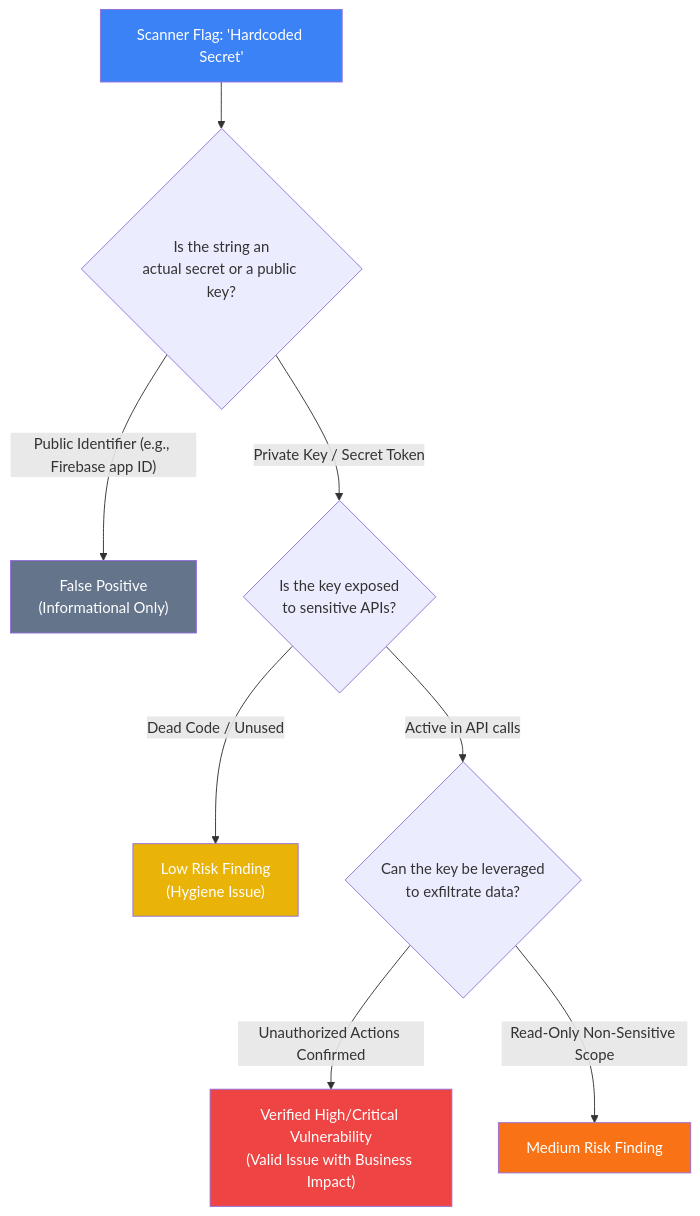
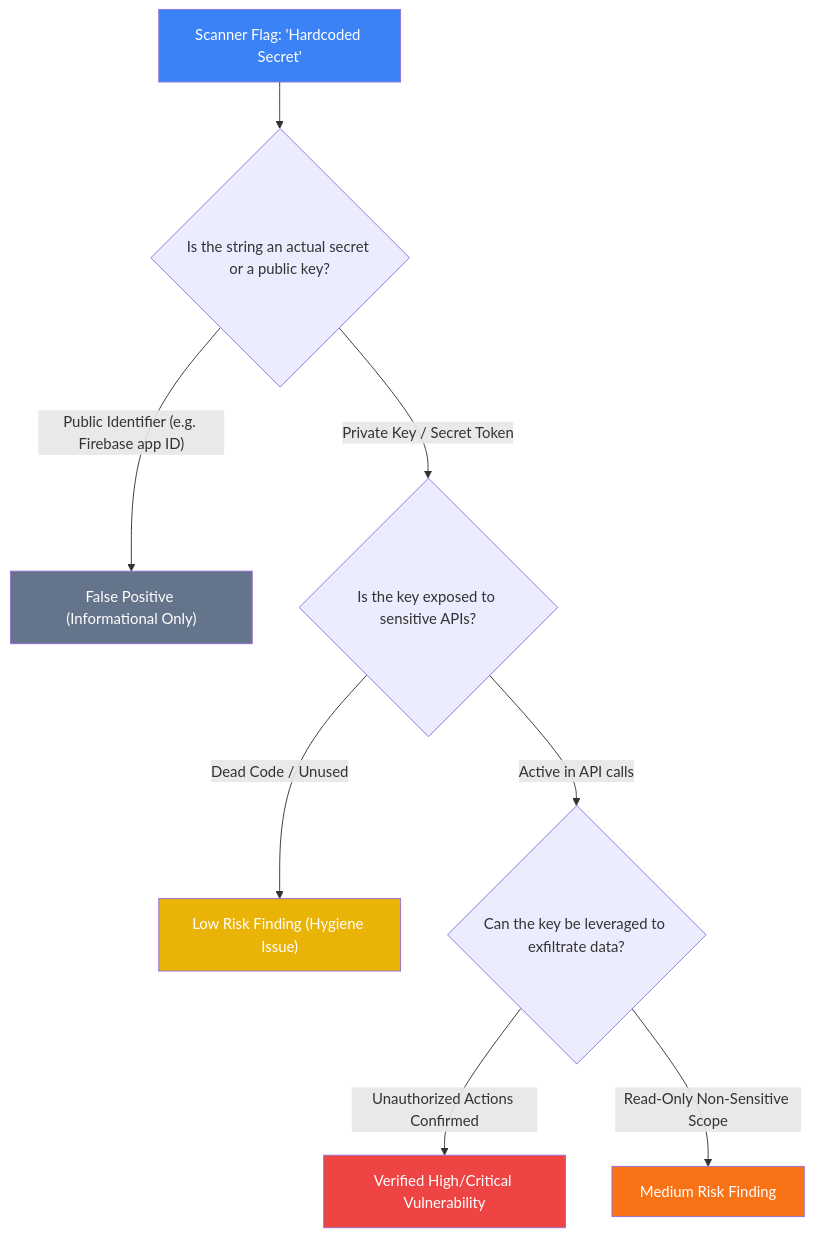
One commit to sivaoffl04/Cyber-Blog changed diagram 14 of 15 in Android_pentest/Introduction, APK Analysis, JADX & MobSF/Android_pentest_part-1.MD. Above: the diagram before and after it, drawn with Mermaid. The commit also changed other lines of this file, not shown here.

Commit message:
Fix Mermaid diagram compatibility for GitHub rendering

````diff
--- a/Android_pentest/Introduction, APK Analysis, JADX & MobSF/Android_pentest_part-1.MD
+++ b/Android_pentest/Introduction, APK Analysis, JADX & MobSF/Android_pentest_part-1.MD
@@ -655,21 +679,21 @@
 ```mermaid
 flowchart TD
     Finding["Scanner Flag: 'Hardcoded Secret'"]
     
-    Check1{"Is the string an<br/>actual secret or a public key?"}
+    Check1{"Is the string an actual secret or a public key?"}
     Finding --> Check1
-    Check1 -- Public Identifier (e.g., Firebase app ID) --> FP["False Positive<br/>(Informational Only)"]
-    Check1 -- Private Key / Secret Token --> Check2{"Is the key exposed<br/>to sensitive APIs?"}
+    Check1 -- "Public Identifier (e.g. Firebase app ID)" --> FP["False Positive (Informational Only)"]
+    Check1 -- "Private Key / Secret Token" --> Check2{"Is the key exposed to sensitive APIs?"}
     
-    Check2 -- Dead Code / Unused --> LowRisk["Low Risk Finding<br/>(Hygiene Issue)"]
-    Check2 -- Active in API calls --> Check3{"Can the key be leveraged<br/>to exfiltrate data?"}
+    Check2 -- "Dead Code / Unused" --> LowRisk["Low Risk Finding (Hygiene Issue)"]
+    Check2 -- "Active in API calls" --> Check3{"Can the key be leveraged to exfiltrate data?"}
 
-    Check3 -- Unauthorized Actions Confirmed --> TruePositive["Verified High/Critical Vulnerability<br/>(Valid Issue with Business Impact)"]
-    Check3 -- Read-Only Non-Sensitive Scope --> MediumRisk["Medium Risk Finding"]
+    Check3 -- "Unauthorized Actions Confirmed" --> TruePositive["Verified High/Critical Vulnerability"]
+    Check3 -- "Read-Only Non-Sensitive Scope" --> MediumRisk["Medium Risk Finding"]
 
     style Finding fill:#3b82f6,color:#fff
     style FP fill:#64748b,color:#fff
     style LowRisk fill:#eab308,color:#fff
     style MediumRisk fill:#f97316,color:#fff
     style TruePositive fill:#ef4444,color:#fff
 ```
````
